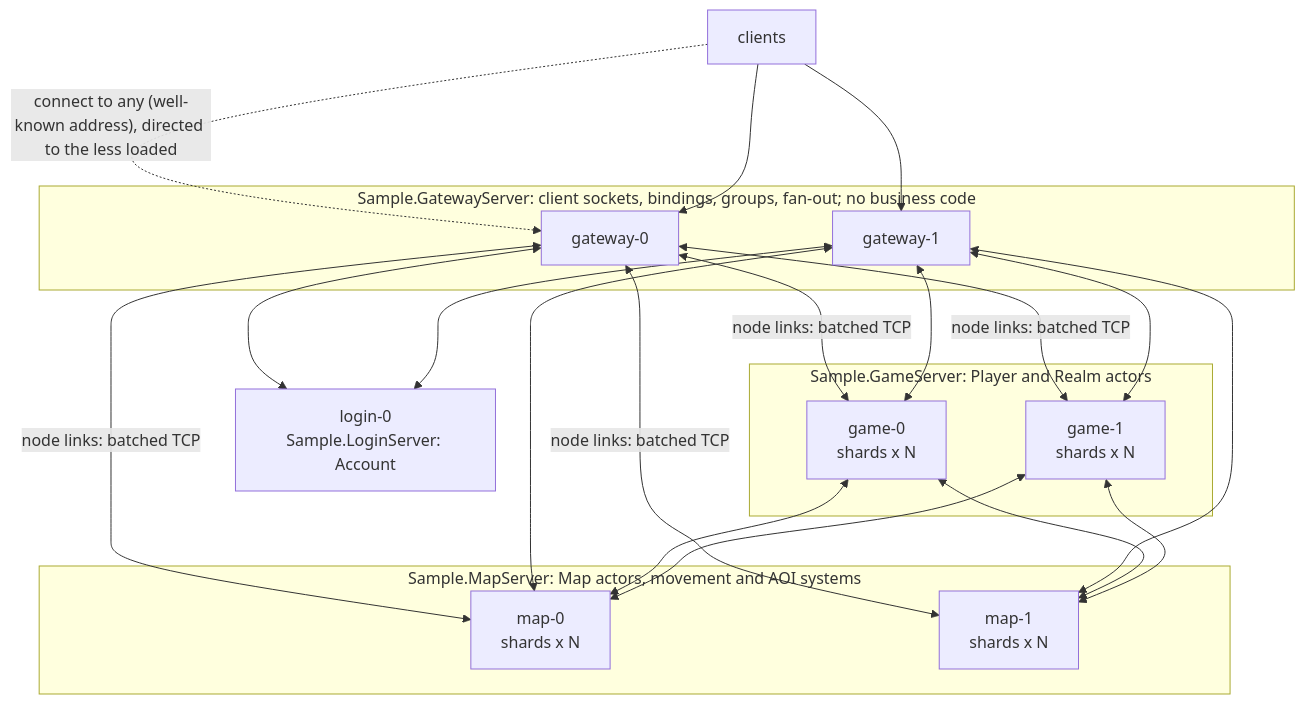
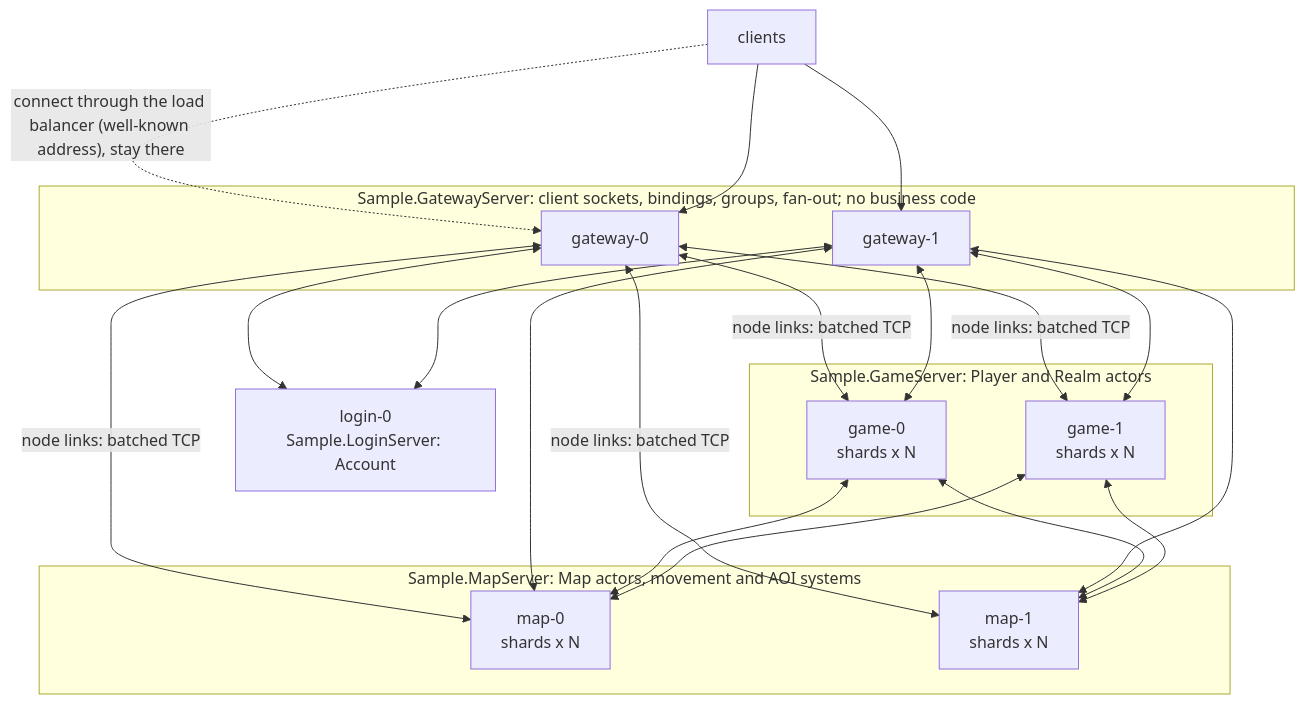
Before and after one commit to JasonXuDeveloper/DaServer: the second of 5 diagrams in doc/design.md, drawn with Mermaid. The commit also changed other lines of this file and 8 other files, not shown here.

Commit message:
Docs: make-before-break moves (ADR-026, ADR-036), publish mode in design and READMEs, analyzer range DAS001-018, roadmap states brought up to date, Nino rc.4 follow-up

````diff
--- a/doc/design.md
+++ b/doc/design.md
@@ -192,22 +193,22 @@
 ```mermaid
 flowchart TB
-    C[clients] -. "connect to any (well-known address), directed to the less loaded" .-> G1
+    C[clients] -. "connect through the load balancer (well-known address), stay there" .-> G1
     C --> G1 & G2
     subgraph gateways [Sample.GatewayServer: client sockets, bindings, groups, fan-out; no business code]
         G1[gateway-0]
         G2[gateway-1]
     end
     L[login-0<br/>Sample.LoginServer: Account]
     G1 & G2 <--> L
     subgraph game [Sample.GameServer: Player and Realm actors]
         N1[game-0<br/>shards x N]
         N2[game-1<br/>shards x N]
     end
     subgraph map [Sample.MapServer: Map actors, movement and AOI systems]
         M1[map-0<br/>shards x N]
         M2[map-1<br/>shards x N]
     end
     G1 <-->|node links: batched TCP| N1 & N2 & M1 & M2
     G2 <--> N1 & N2 & M1 & M2
     N1 & N2 <--> M1 & M2
 ```
````
